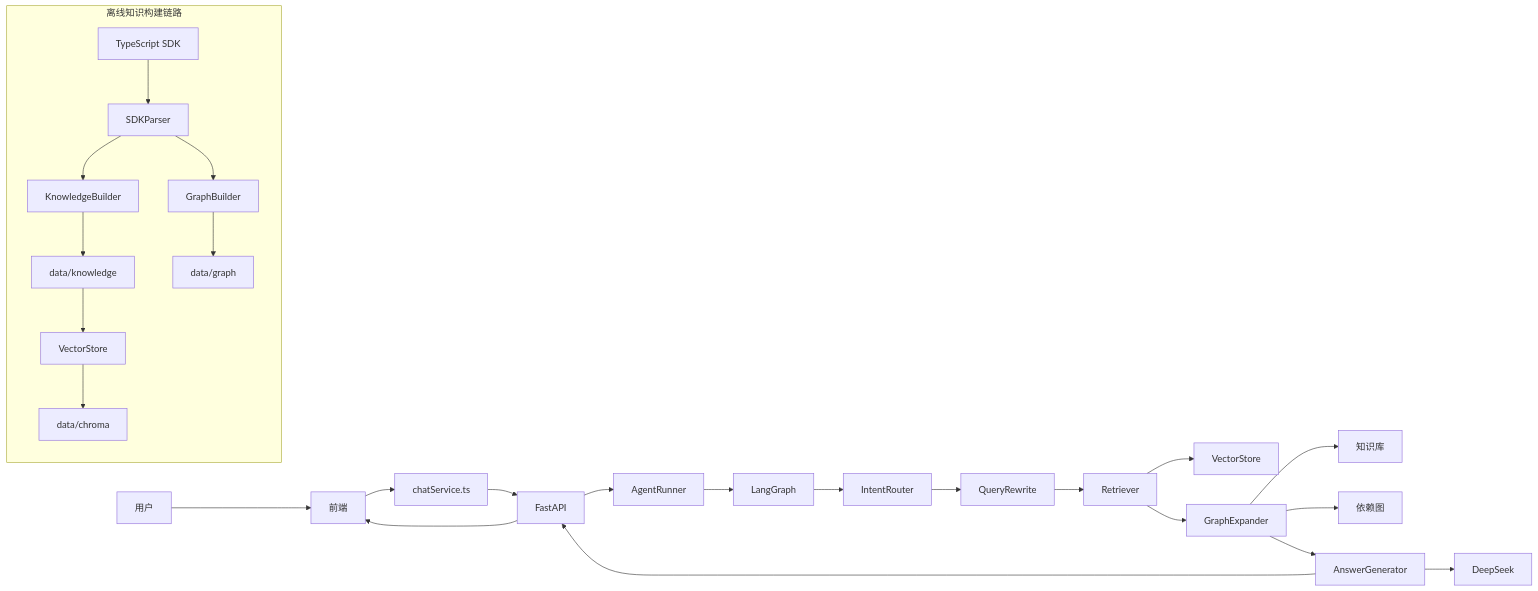
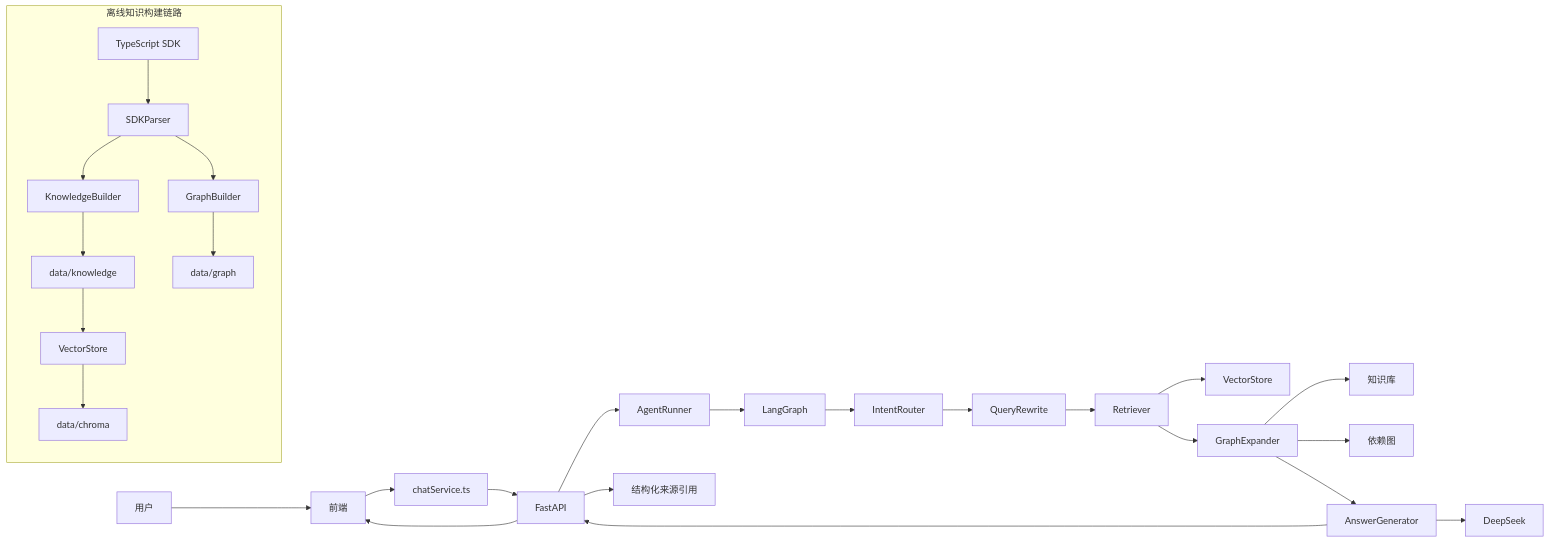
One commit to jonji886/plugin-dev-helper changed the first of 4 diagrams in README.md. Above: the diagram before and after it, drawn with Mermaid. The commit also changed other lines of this file and 25 other files, not shown here.

````diff
--- a/README.md
+++ b/README.md
@@ -26,29 +26,30 @@
 ```mermaid
 flowchart LR
   U[用户] --> FE[前端]
   FE --> CS[chatService.ts]
   CS --> API[FastAPI]
   API --> AR[AgentRunner]
   AR --> LG[LangGraph]
   LG --> IR[IntentRouter]
   IR --> QR[QueryRewrite]
   QR --> RT[Retriever]
   RT --> VS[VectorStore]
   RT --> GE[GraphExpander]
   GE --> KB[知识库]
   GE --> GD[依赖图]
   GE --> AG[AnswerGenerator]
   AG --> LLM[DeepSeek]
   AG --> API
+  API --> CIT[结构化来源引用]
   API --> FE
 
   subgraph OFFLINE[离线知识构建链路]
     SRC[TypeScript SDK] --> PARSER[SDKParser]
     PARSER --> KBU[KnowledgeBuilder]
     PARSER --> GBU[GraphBuilder]
     KBU --> KNOW[data/knowledge]
     GBU --> GRAPH[data/graph]
     KNOW --> VSB[VectorStore]
     VSB --> CHROMA[data/chroma]
   end
 ```
````
